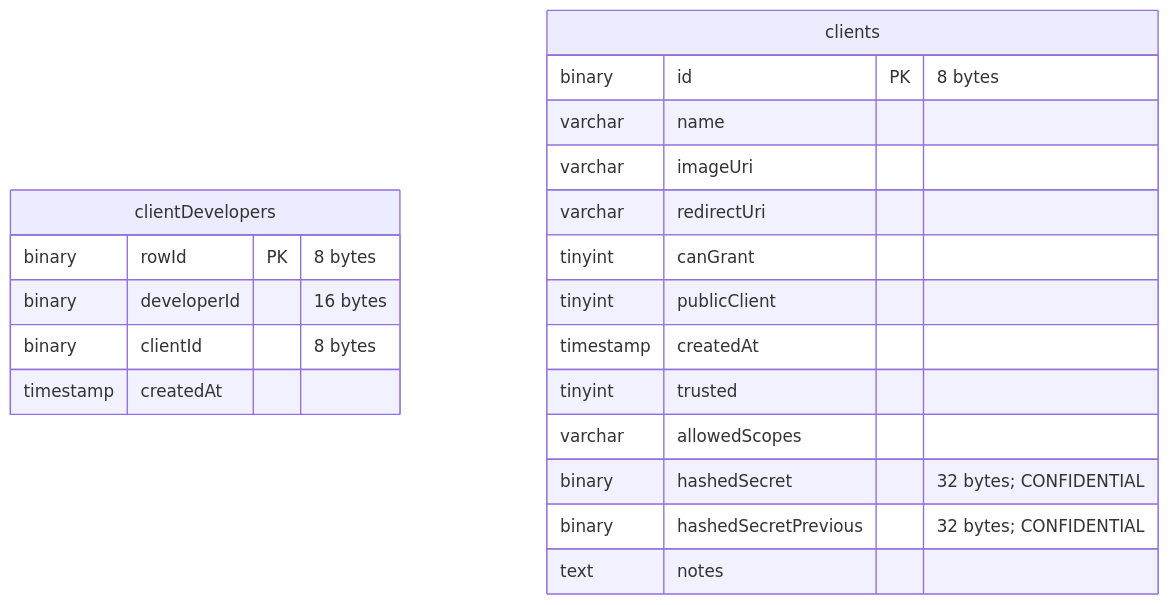
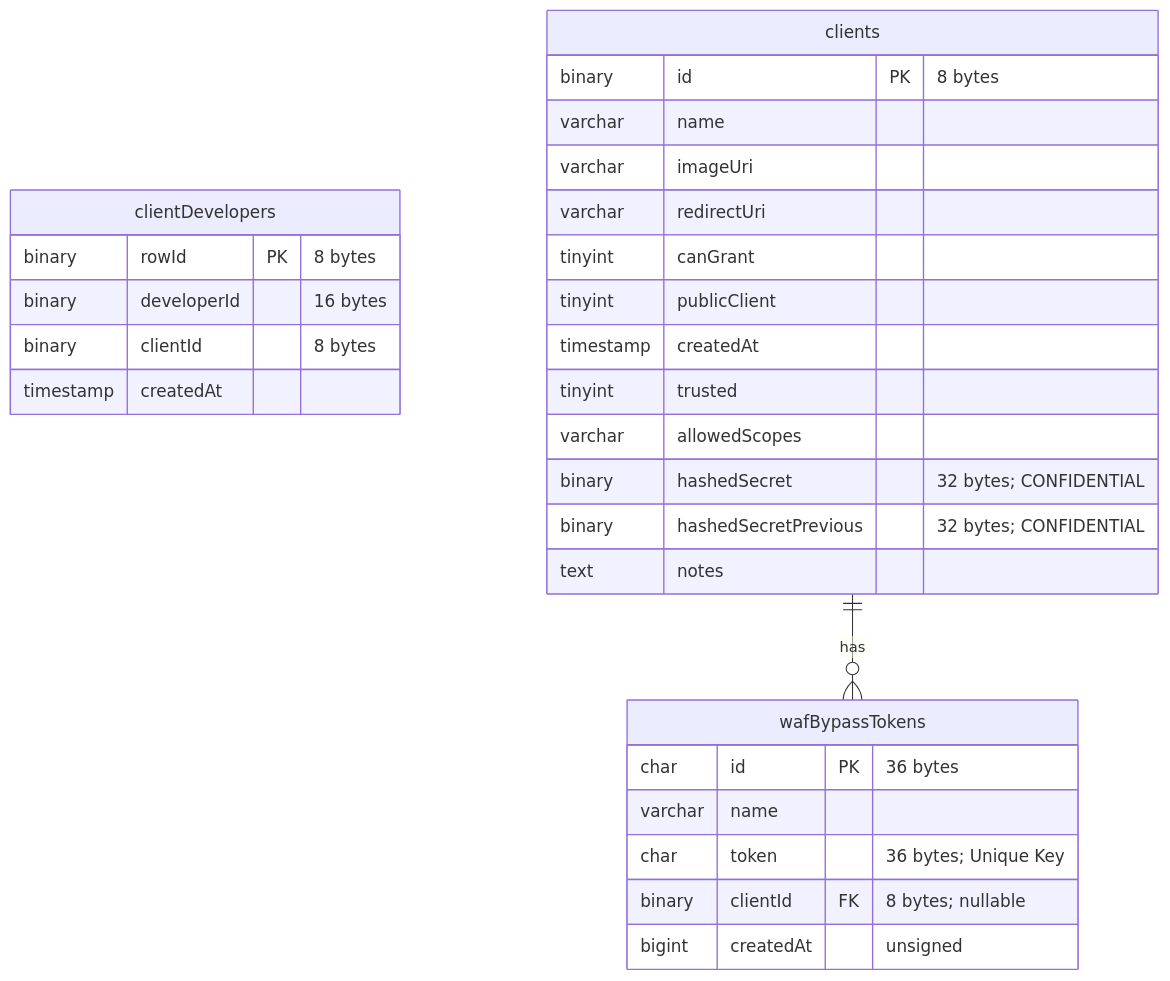
Diagram 14 of 19 in docs/reference/database-structure.md (mozilla/ecosystem-platform), drawn with Mermaid before and after one commit. The commit also changed other lines of this file, not shown here.

````diff
--- a/docs/reference/database-structure.md
+++ b/docs/reference/database-structure.md
@@ -337,23 +362,31 @@
 ```mermaid
 erDiagram
     clientDevelopers {
         binary rowId PK "8 bytes"
         binary developerId "16 bytes"
         binary clientId "8 bytes"
         timestamp createdAt
     }
     clients {
         binary id PK "8 bytes"
         varchar name
         varchar imageUri
         varchar redirectUri
         tinyint canGrant
         tinyint publicClient
         timestamp createdAt
         tinyint trusted
         varchar allowedScopes
         binary hashedSecret "32 bytes; CONFIDENTIAL"
         binary hashedSecretPrevious "32 bytes; CONFIDENTIAL"
         text notes
     }
+    clients ||--o{ wafBypassTokens : has
+    wafBypassTokens {
+        char id PK "36 bytes"
+        varchar name
+        char token "36 bytes; Unique Key"
+        binary clientId FK "8 bytes; nullable"
+        bigint createdAt "unsigned"
+    }
 ```
````
